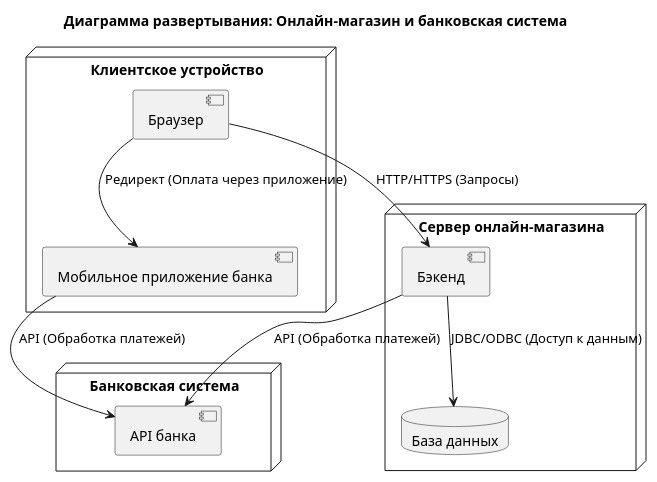
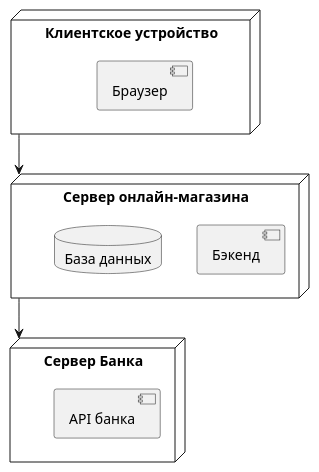
Before and after one commit to UraharaKiska/umlk_diagram: the diagram in laba_1-4/deployment_diagram.puml, drawn with PlantUML. The commit also changed other lines of this file and 4 other files, not shown here.

```diff
--- a/laba_1-4/deployment_diagram.puml
+++ b/laba_1-4/deployment_diagram.puml
@@ -1,25 +1,21 @@
 @startuml
-title Диаграмма развертывания: Онлайн-магазин и банковская система
 
 node "Клиентское устройство" as Client {
     component "Браузер" as Browser
-    component "Мобильное приложение банка" as MobileApp
 }
 
 node "Сервер онлайн-магазина" as ShopServer {
     component "Бэкенд" as Backend
     database "База данных" as ShopDB
 }
 
-node "Банковская система" as BankSystem {
+node "Сервер Банка" as BankServer {
     component "API банка" as BankAPI
 }
 
-' Взаимодействия
-Browser --> Backend : HTTP/HTTPS (Запросы)
-Backend --> ShopDB : JDBC/ODBC (Доступ к данным)
-Backend --> BankAPI : API (Обработка платежей)
-Browser --> MobileApp : Редирект (Оплата через приложение)
-MobileApp --> BankAPI : API (Обработка платежей)
+
+Client --> ShopServer
+ShopServer --> BankServer
+
 
 @enduml
```
